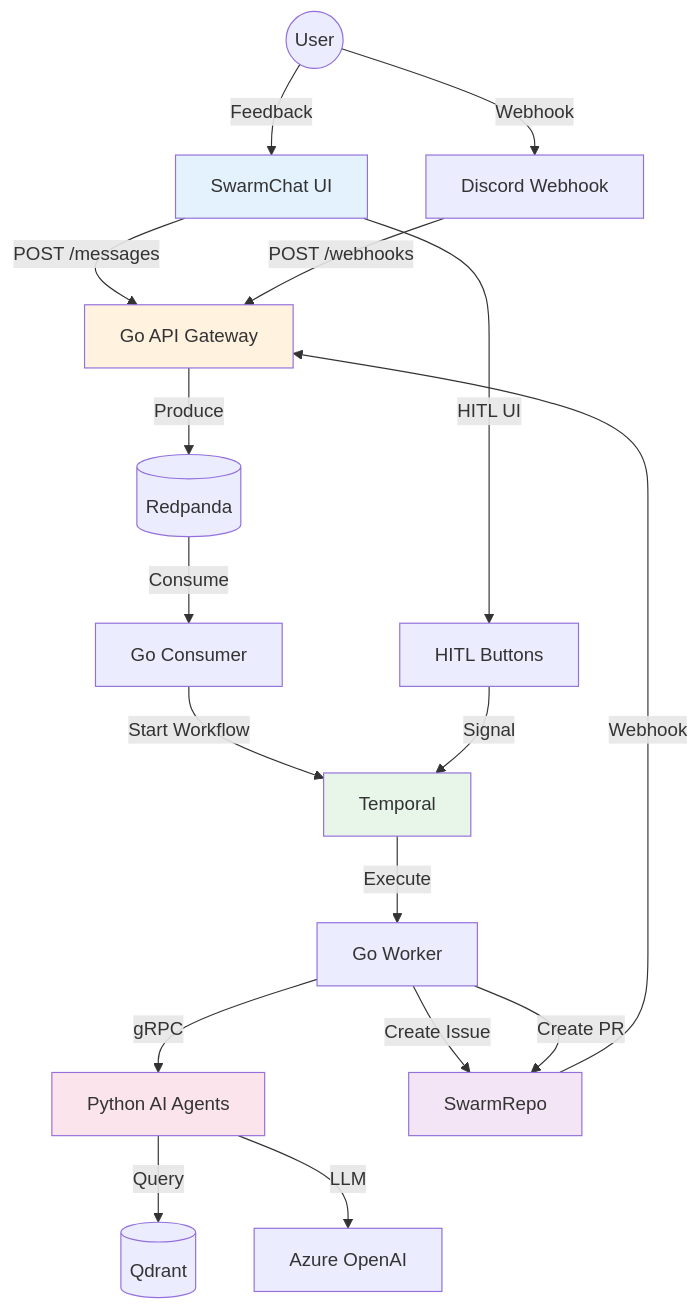
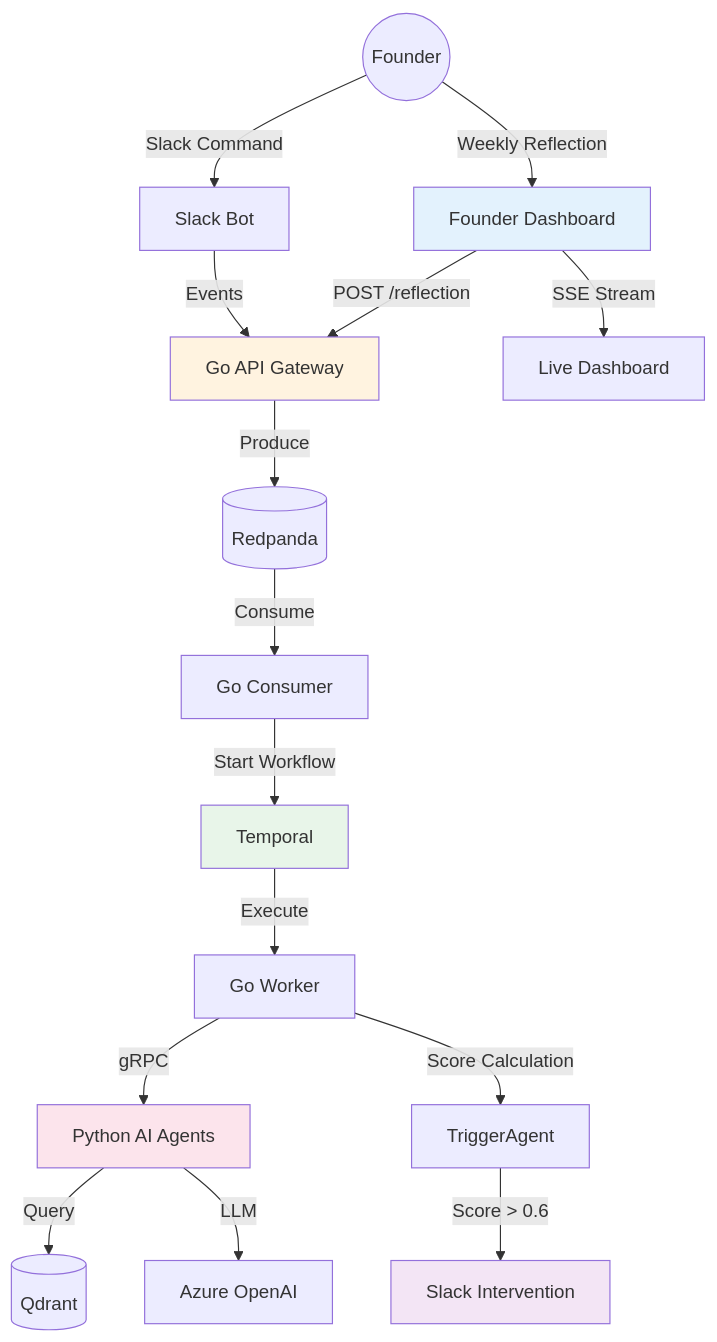
Before and after one commit to Aparnap2/sarthi_ai: the diagram in README.md, drawn with Mermaid. The commit also changed other lines of this file and 13 other files, not shown here.

````diff
--- a/README.md
+++ b/README.md
@@ -67,30 +84,28 @@
 ```mermaid
 graph TD
-    User((User)) -->|Feedback| SwarmChat[SwarmChat UI]
-    User -->|Webhook| Discord[Discord Webhook]
-    
-    SwarmChat -->|POST /messages| GoAPI[Go API Gateway]
-    Discord -->|POST /webhooks| GoAPI
-    
+    Founder((Founder)) -->|Weekly Reflection| Dashboard[Founder Dashboard]
+    Founder -->|Slack Command| SlackBot[Slack Bot]
+
+    Dashboard -->|POST /reflection| GoAPI[Go API Gateway]
+    SlackBot -->|Events| GoAPI
+
     GoAPI -->|Produce| Redpanda[(Redpanda)]
     Redpanda -->|Consume| Consumer[Go Consumer]
     Consumer -->|Start Workflow| Temporal[Temporal]
-    
+
     Temporal -->|Execute| Worker[Go Worker]
     Worker -->|gRPC| PythonAI[Python AI Agents]
     PythonAI -->|Query| Qdrant[(Qdrant)]
     PythonAI -->|LLM| Azure[Azure OpenAI]
+
+    Worker -->|Score Calculation| TriggerAgent[TriggerAgent]
+    TriggerAgent -->|Score > 0.6| SlackIntervention[Slack Intervention]
     
-    Worker -->|Create Issue| SwarmRepo[SwarmRepo]
-    Worker -->|Create PR| SwarmRepo
+    Dashboard -->|SSE Stream| LiveUpdates[Live Dashboard]
     
-    SwarmRepo -->|Webhook| GoAPI
-    SwarmChat -->|HITL UI| HITL[HITL Buttons]
-    HITL -->|Signal| Temporal
-    
-    style SwarmChat fill:#e3f2fd
-    style SwarmRepo fill:#f3e5f5
+    style Dashboard fill:#e3f2fd
     style GoAPI fill:#fff3e0
     style Temporal fill:#e8f5e9
     style PythonAI fill:#fce4ec
+    style SlackIntervention fill:#f3e5f5
 ```
````
